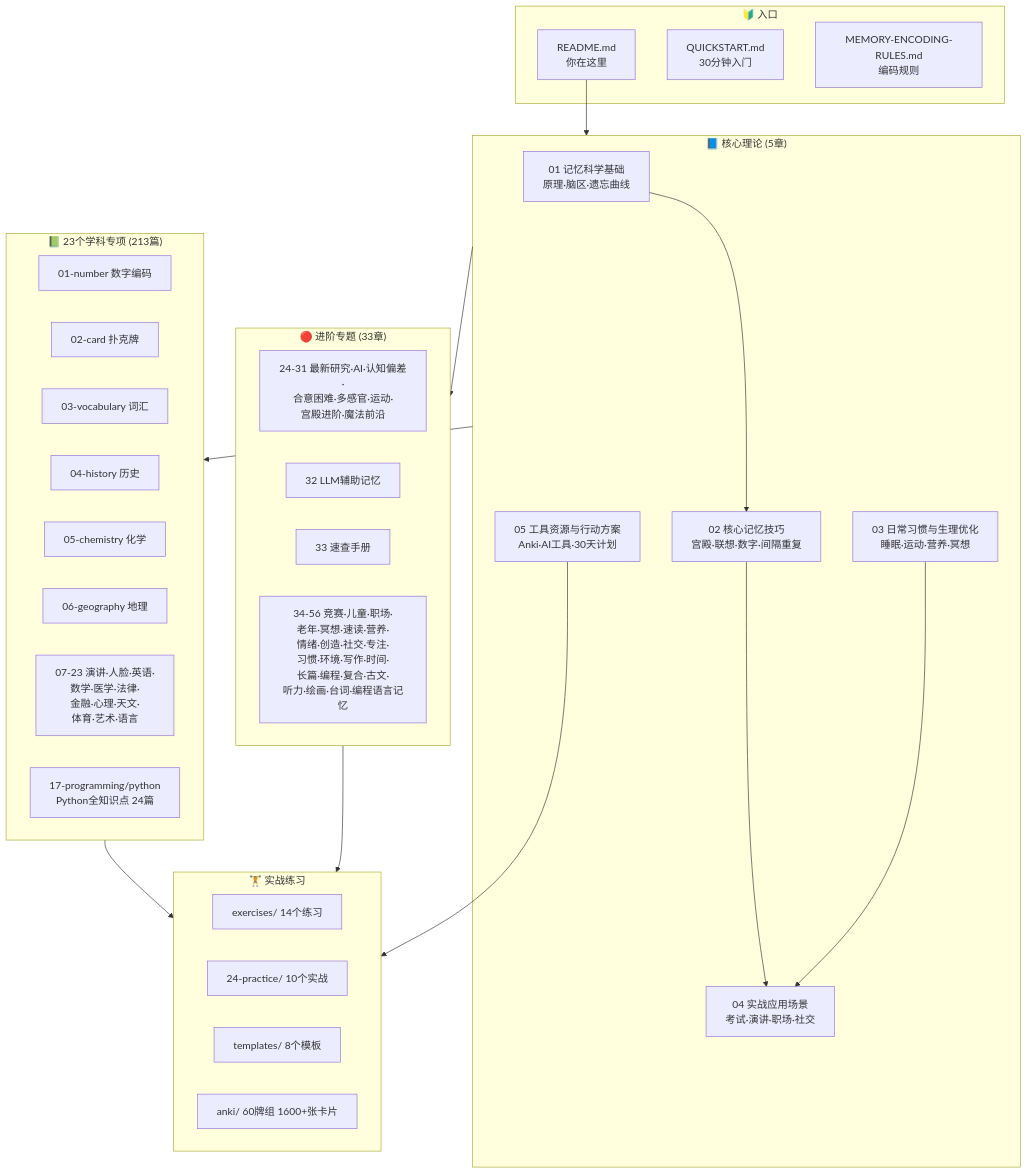
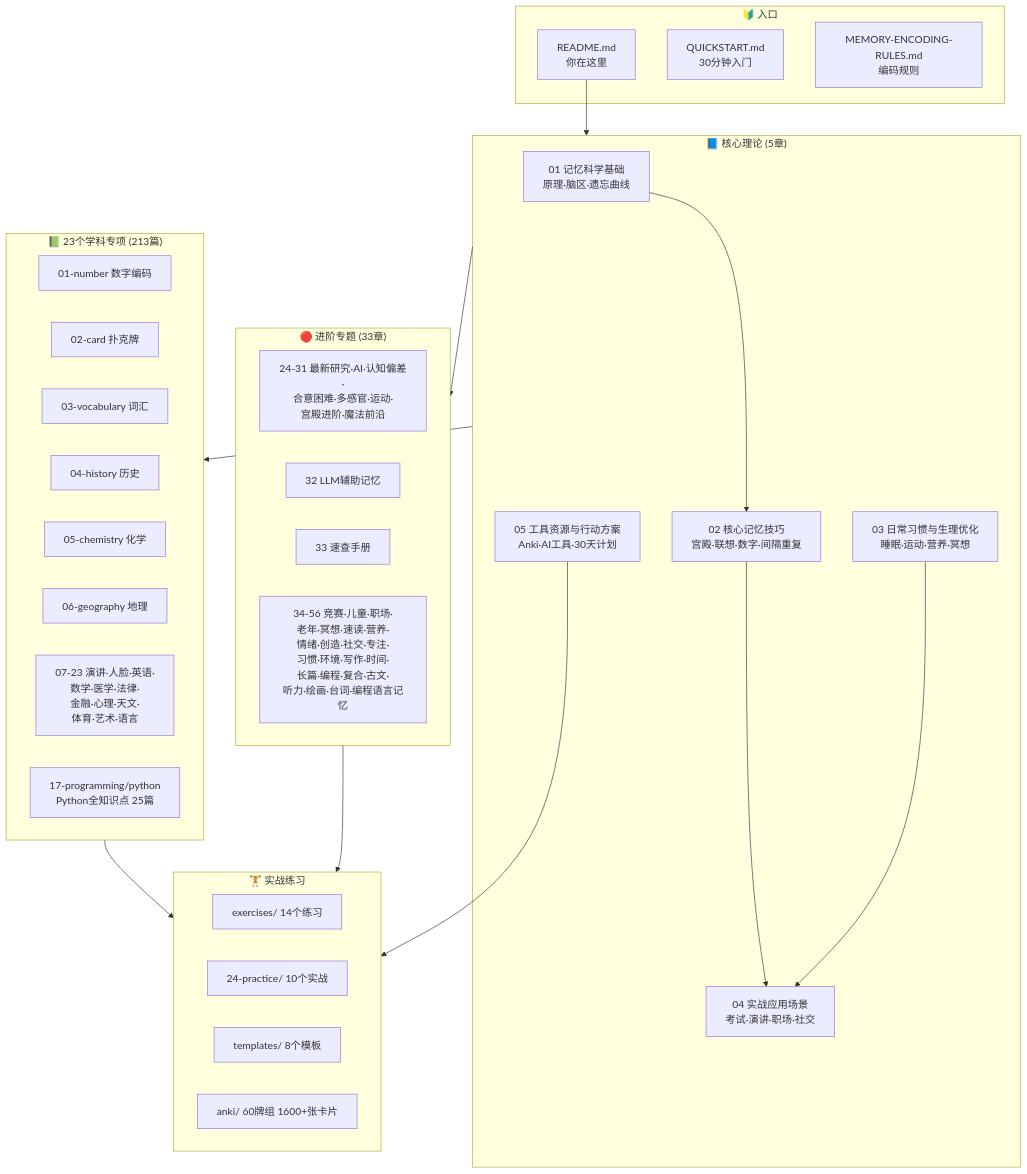
One commit to brother2050/memory-guide changed the first of 2 diagrams in README.md. Above: the diagram before and after it, drawn with Mermaid. The commit also changed other lines of this file and 2 other files, not shown here.

Commit message:
refactor(py-24): 锚点反查总表拆分为独立文件 - INDEX 回到 LLM 单读预算内
- 新增 py-24-anchor-registry.md：325 条锚点全局反查视图（所在篇列按 PY-ID 前缀速查规则省去，23KB 合规）
- INDEX.md 8.3KB（原 33KB）：§三 改摘要+链接，阅读顺序表登记 py-24
- 主README 25篇/319md 同步

````diff
--- a/README.md
+++ b/README.md
@@ -63,52 +63,52 @@
 ```mermaid
 graph TB
     subgraph 入口["🔰 入口"]
         README["README.md\n你在这里"]
         QS["QUICKSTART.md\n30分钟入门"]
         RULES["MEMORY-ENCODING-RULES.md\n编码规则"]
     end
 
     subgraph core["📘 核心理论 (5章)"]
         C01["01 记忆科学基础\n原理·脑区·遗忘曲线"]
         C02["02 核心记忆技巧\n宫殿·联想·数字·间隔重复"]
         C03["03 日常习惯与生理优化\n睡眠·运动·营养·冥想"]
         C04["04 实战应用场景\n考试·演讲·职场·社交"]
         C05["05 工具资源与行动方案\nAnki·AI工具·30天计划"]
     end
 
     subgraph special["📗 23个学科专项 (213篇)"]
         NUM["01-number 数字编码"]
         CARD["02-card 扑克牌"]
         VOCAB["03-vocabulary 词汇"]
         HIST["04-history 历史"]
         CHEM["05-chemistry 化学"]
         GEO["06-geography 地理"]
         MORE["07-23 演讲·人脸·英语·\n数学·医学·法律·\n金融·心理·天文·\n体育·艺术·语言"]
-        PYTHON["17-programming/python\nPython全知识点 24篇"]
+        PYTHON["17-programming/python\nPython全知识点 25篇"]
     end
 
     subgraph advanced["🔴 进阶专题 (33章)"]
         A24["24-31 最新研究·AI·认知偏差·\n合意困难·多感官·运动·\n宫殿进阶·魔法前沿"]
         A32["32 LLM辅助记忆"]
         A33["33 速查手册"]
         A34["34-56 竞赛·儿童·职场·\n老年·冥想·速读·营养·\n情绪·创造·社交·专注·\n习惯·环境·写作·时间·\n长篇·编程·复合·古文·\n听力·绘画·台词·编程语言记忆"]
     end
 
     subgraph practice["🏋️ 实战练习"]
         EX["exercises/ 14个练习"]
         PR["24-practice/ 10个实战"]
         TM["templates/ 8个模板"]
         AN["anki/ 60牌组 1600+张卡片"]
     end
 
     README --> core
     core --> special
     core --> advanced
     special --> practice
     advanced --> practice
 
     C01 --> C02
     C02 --> C04
     C03 --> C04
     C05 --> practice
 ```
````
